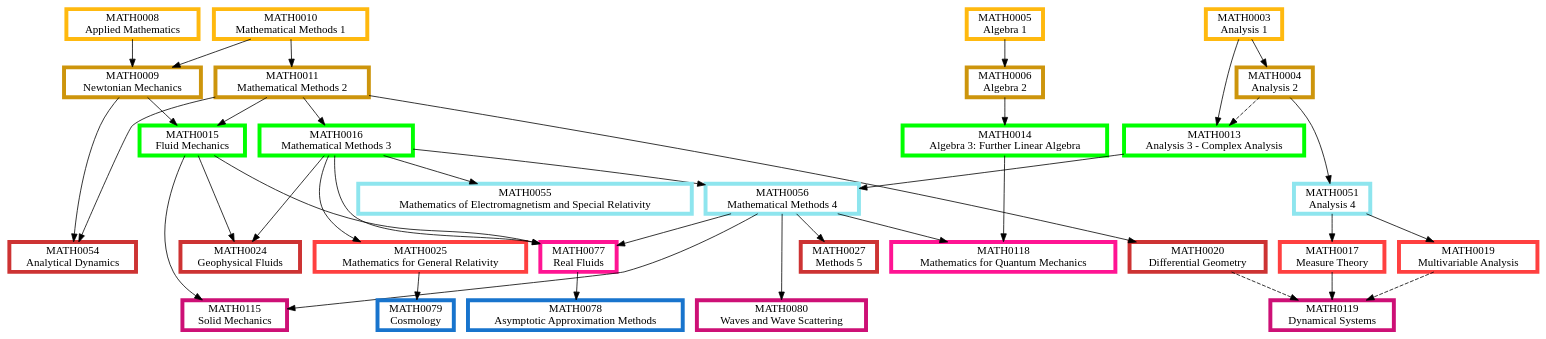
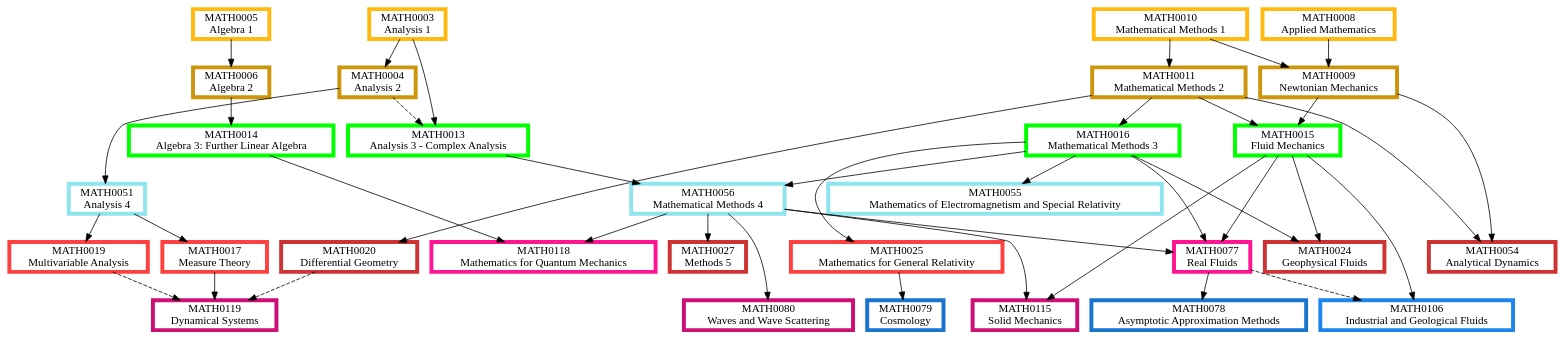
One commit to matthew-towers/pathways changed the diagram in Applied Mathematics.dot. Above: the diagram before and after it, drawn with Graphviz. The commit also changed 12 other files, not shown here.

```diff
--- a/Applied Mathematics.dot
+++ b/Applied Mathematics.dot
@@ -1,125 +1,132 @@
 digraph {
 	node [fillcolor=white penwidth=5 shape=box style="filled,bold"]
 	subgraph "1.0 1" {
 		rank=same
-		MATH0008 [label="MATH0008
-Applied Mathematics" color=darkgoldenrod1 href="https://www.ucl.ac.uk/maths/sites/maths/files/math0008.pdf" tooltip="Year 1, term 1"]
-		MATH0005 [label="MATH0005
-Algebra 1" color=darkgoldenrod1 href="https://www.ucl.ac.uk/maths/sites/maths/files/math0005.pdf" tooltip="Year 1, term 1"]
 		MATH0003 [label="MATH0003
 Analysis 1" color=darkgoldenrod1 href="https://www.ucl.ac.uk/maths/sites/maths/files/math0003.pdf" tooltip="Year 1, term 1"]
 		MATH0010 [label="MATH0010
 Mathematical Methods 1" color=darkgoldenrod1 href="https://www.ucl.ac.uk/maths/sites/maths/files/math0010.pdf" tooltip="Year 1, term 1"]
+		MATH0005 [label="MATH0005
+Algebra 1" color=darkgoldenrod1 href="https://www.ucl.ac.uk/maths/sites/maths/files/math0005.pdf" tooltip="Year 1, term 1"]
+		MATH0008 [label="MATH0008
+Applied Mathematics" color=darkgoldenrod1 href="https://www.ucl.ac.uk/maths/sites/maths/files/math0008.pdf" tooltip="Year 1, term 1"]
 	}
-	MATH0005 -> MATH0006
 	MATH0010 -> MATH0011
+	MATH0003 -> MATH0004
 	MATH0008 -> MATH0009
 	MATH0010 -> MATH0009
-	MATH0003 -> MATH0004
+	MATH0005 -> MATH0006
 	subgraph "1.0 2" {
 		rank=same
+		MATH0011 [label="MATH0011
+Mathematical Methods 2" color=darkgoldenrod3 href="https://www.ucl.ac.uk/maths/sites/maths/files/math0011_2.pdf" tooltip="Year 1, term 2"]
+		MATH0004 [label="MATH0004
+Analysis 2" color=darkgoldenrod3 href="https://www.ucl.ac.uk/maths/sites/maths/files/math0004.pdf" tooltip="Year 1, term 2"]
+		MATH0009 [label="MATH0009
+Newtonian Mechanics" color=darkgoldenrod3 href="https://www.ucl.ac.uk/maths/sites/maths/files/math0009.pdf" tooltip="Year 1, term 2"]
 		MATH0006 [label="MATH0006
 Algebra 2" color=darkgoldenrod3 href="https://www.ucl.ac.uk/maths/sites/maths/files/math0006.pdf" tooltip="Year 1, term 2"]
-		MATH0011 [label="MATH0011
-Mathematical Methods 2" color=darkgoldenrod3 href="https://www.ucl.ac.uk/maths/sites/maths/files/math0011_2.pdf" tooltip="Year 1, term 2"]
-		MATH0009 [label="MATH0009
-Newtonian Mechanics" color=darkgoldenrod3 href="https://www.ucl.ac.uk/maths/sites/maths/files/math0009.pdf" tooltip="Year 1, term 2"]
-		MATH0004 [label="MATH0004
-Analysis 2" color=darkgoldenrod3 href="https://www.ucl.ac.uk/maths/sites/maths/files/math0004.pdf" tooltip="Year 1, term 2"]
 	}
 	MATH0011 -> MATH0016
+	MATH0006 -> MATH0014
 	MATH0011 -> MATH0015
 	MATH0009 -> MATH0015
-	MATH0006 -> MATH0014
 	MATH0003 -> MATH0013
 	MATH0004 -> MATH0013 [style=dashed]
 	subgraph "2 1" {
 		rank=same
 		MATH0016 [label="MATH0016
 Mathematical Methods 3" color=green1 href="https://www.ucl.ac.uk/maths/sites/maths/files/math0016.pdf" tooltip="Year 2, term 1"]
+		MATH0014 [label="MATH0014
+Algebra 3: Further Linear Algebra" color=green1 href="https://www.ucl.ac.uk/maths/sites/maths/files/math0014.pdf" tooltip="Year 2, term 1"]
 		MATH0015 [label="MATH0015
 Fluid Mechanics" color=green1 href="https://www.ucl.ac.uk/maths/sites/maths/files/math0015.pdf" tooltip="Year 2, term 1"]
-		MATH0014 [label="MATH0014
-Algebra 3: Further Linear Algebra" color=green1 href="https://www.ucl.ac.uk/maths/sites/maths/files/math0014.pdf" tooltip="Year 2, term 1"]
 		MATH0013 [label="MATH0013
 Analysis 3 - Complex Analysis" color=green1 href="https://www.ucl.ac.uk/maths/sites/maths/files/math0013.pdf" tooltip="Year 2, term 1"]
 	}
+	MATH0004 -> MATH0051
 	MATH0013 -> MATH0056
 	MATH0016 -> MATH0056
-	MATH0004 -> MATH0051
 	MATH0016 -> MATH0055
 	subgraph "2.5 2" {
 		rank=same
+		MATH0051 [label="MATH0051
+Analysis 4" color=cadetblue2 href="https://www.ucl.ac.uk/maths/sites/maths/files/math0051.pdf" tooltip="Year 2 or 3, term 2"]
 		MATH0056 [label="MATH0056
 Mathematical Methods 4" color=cadetblue2 href="https://www.ucl.ac.uk/maths/sites/maths/files/math0056.pdf" tooltip="Year 2 or 3, term 2"]
-		MATH0051 [label="MATH0051
-Analysis 4" color=cadetblue2 href="https://www.ucl.ac.uk/maths/sites/maths/files/math0051.pdf" tooltip="Year 2 or 3, term 2"]
 		MATH0055 [label="MATH0055
 Mathematics of Electromagnetism and Special Relativity" color=cadetblue2 href="https://www.ucl.ac.uk/maths/sites/maths/files/math0055_3.pdf" tooltip="Year 2 or 3, term 2"]
 	}
-	MATH0051 -> MATH0017
 	MATH0051 -> MATH0019
 	MATH0016 -> MATH0025
+	MATH0051 -> MATH0017
 	subgraph "3.0 1" {
 		rank=same
-		MATH0017 [label="MATH0017
-Measure Theory" color=brown1 href="https://www.ucl.ac.uk/maths/sites/maths/files/math0017.pdf" tooltip="Year 3, term 1"]
 		MATH0019 [label="MATH0019
 Multivariable Analysis" color=brown1 href="https://www.ucl.ac.uk/maths/sites/maths/files/math0019.pdf" tooltip="Year 3, term 1"]
 		MATH0025 [label="MATH0025
 Mathematics for General Relativity" color=brown1 href="https://www.ucl.ac.uk/maths/sites/maths/files/math0025.pdf" tooltip="Year 3, term 1"]
+		MATH0017 [label="MATH0017
+Measure Theory" color=brown1 href="https://www.ucl.ac.uk/maths/sites/maths/files/math0017.pdf" tooltip="Year 3, term 1"]
 	}
-	MATH0011 -> MATH0020
 	MATH0015 -> MATH0024
 	MATH0016 -> MATH0024
+	MATH0011 -> MATH0020
+	MATH0056 -> MATH0027
 	MATH0011 -> MATH0054
 	MATH0009 -> MATH0054
-	MATH0056 -> MATH0027
 	subgraph "3.0 2" {
 		rank=same
+		MATH0024 [label="MATH0024
+Geophysical Fluids" color=brown3 href="https://www.ucl.ac.uk/maths/sites/maths/files/math0024.pdf" tooltip="Year 3, term 2"]
 		MATH0020 [label="MATH0020
 Differential Geometry" color=brown3 href="https://www.ucl.ac.uk/maths/sites/maths/files/math0020.pdf" tooltip="Year 3, term 2"]
-		MATH0024 [label="MATH0024
-Geophysical Fluids" color=brown3 href="https://www.ucl.ac.uk/maths/sites/maths/files/math0024.pdf" tooltip="Year 3, term 2"]
+		MATH0027 [label="MATH0027
+Methods 5" color=brown3 href="https://www.ucl.ac.uk/maths/sites/maths/files/math0027.pdf" tooltip="Year 3, term 2"]
 		MATH0054 [label="MATH0054
 Analytical Dynamics" color=brown3 href="https://www.ucl.ac.uk/maths/sites/maths/files/math0054.pdf" tooltip="Year 3, term 2"]
-		MATH0027 [label="MATH0027
-Methods 5" color=brown3 href="https://www.ucl.ac.uk/maths/sites/maths/files/math0027.pdf" tooltip="Year 3, term 2"]
 	}
+	MATH0056 -> MATH0118
+	MATH0014 -> MATH0118
 	MATH0015 -> MATH0077
 	MATH0016 -> MATH0077
 	MATH0056 -> MATH0077
-	MATH0056 -> MATH0118
-	MATH0014 -> MATH0118
 	subgraph "3.5 1" {
 		rank=same
+		MATH0118 [label="MATH0118
+Mathematics for Quantum Mechanics" color=deeppink1 href="https://www.ucl.ac.uk/maths/sites/maths/files/math0118.pdf" tooltip="Year 3 or 4, term 1"]
 		MATH0077 [label="MATH0077
 Real Fluids" color=deeppink1 href="https://www.ucl.ac.uk/maths/sites/maths/files/math0077.pdf" tooltip="Year 3 or 4, term 1"]
-		MATH0118 [label="MATH0118
-Mathematics for Quantum Mechanics" color=deeppink1 href="https://www.ucl.ac.uk/maths/sites/maths/files/math0118.pdf" tooltip="Year 3 or 4, term 1"]
 	}
+	MATH0056 -> MATH0080
+	MATH0015 -> MATH0115
+	MATH0056 -> MATH0115
 	MATH0017 -> MATH0119
 	MATH0019 -> MATH0119 [style=dashed]
 	MATH0020 -> MATH0119 [style=dashed]
-	MATH0056 -> MATH0080
-	MATH0015 -> MATH0115
-	MATH0056 -> MATH0115
 	subgraph "3.5 2" {
 		rank=same
-		MATH0119 [label="MATH0119
-Dynamical Systems" color=deeppink3 href="https://www.ucl.ac.uk/maths/sites/maths/files/math0119.pdf" tooltip="Year 3 or 4, term 2"]
 		MATH0080 [label="MATH0080
 Waves and Wave Scattering" color=deeppink3 href="https://www.ucl.ac.uk/maths/sites/maths/files/math0080.pdf" tooltip="Year 3 or 4, term 2"]
 		MATH0115 [label="MATH0115
 Solid Mechanics" color=deeppink3 href="https://www.ucl.ac.uk/maths/sites/maths/files/math0115_syllabus.pdf" tooltip="Year 3 or 4, term 2"]
+		MATH0119 [label="MATH0119
+Dynamical Systems" color=deeppink3 href="https://www.ucl.ac.uk/maths/sites/maths/files/math0119.pdf" tooltip="Year 3 or 4, term 2"]
+	}
+	MATH0015 -> MATH0106
+	MATH0077 -> MATH0106 [style=dashed]
+	subgraph "4.0 1" {
+		rank=same
+		MATH0106 [label="MATH0106
+Industrial and Geological Fluids" color=dodgerblue2 href="https://www.ucl.ac.uk/maths/sites/maths/files/math0106.pdf" tooltip="Year 4, term 1"]
 	}
 	MATH0077 -> MATH0078
 	MATH0025 -> MATH0079
 	subgraph "4.0 2" {
 		rank=same
 		MATH0078 [label="MATH0078
 Asymptotic Approximation Methods" color=dodgerblue3 href="https://www.ucl.ac.uk/maths/sites/maths/files/math0078.pdf" tooltip="Year 4, term 2"]
 		MATH0079 [label="MATH0079
 Cosmology" color=dodgerblue3 href="https://www.ucl.ac.uk/maths/sites/maths/files/math0079.pdf" tooltip="Year 4, term 2"]
 	}
 }
```
